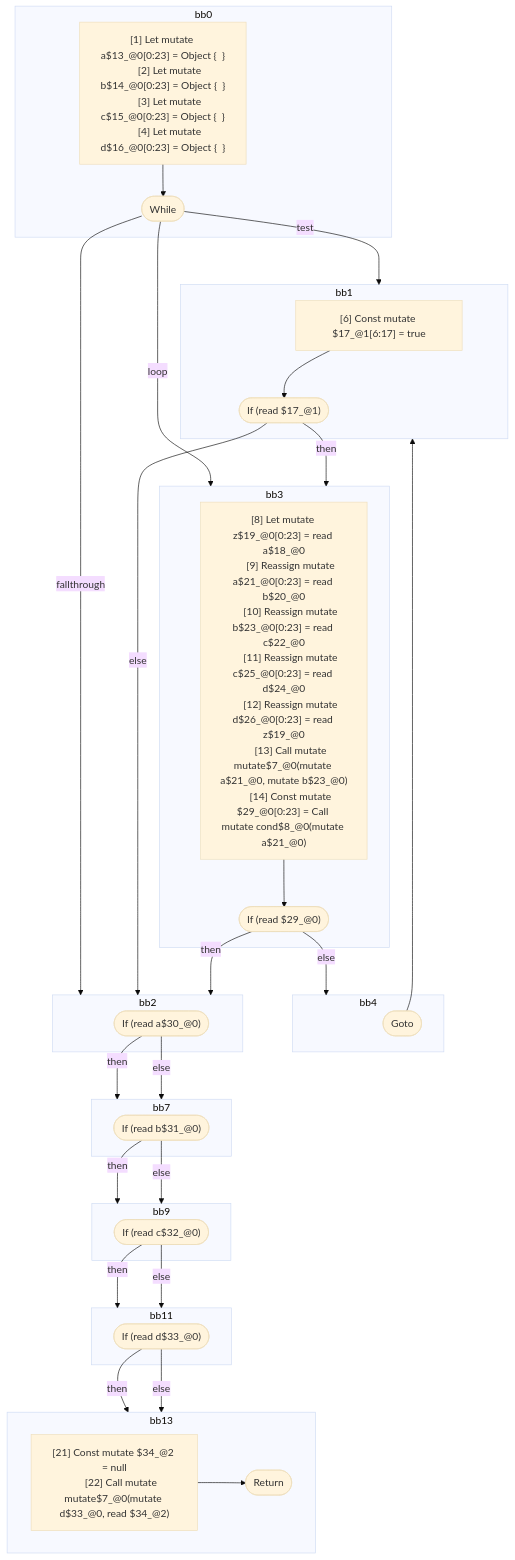
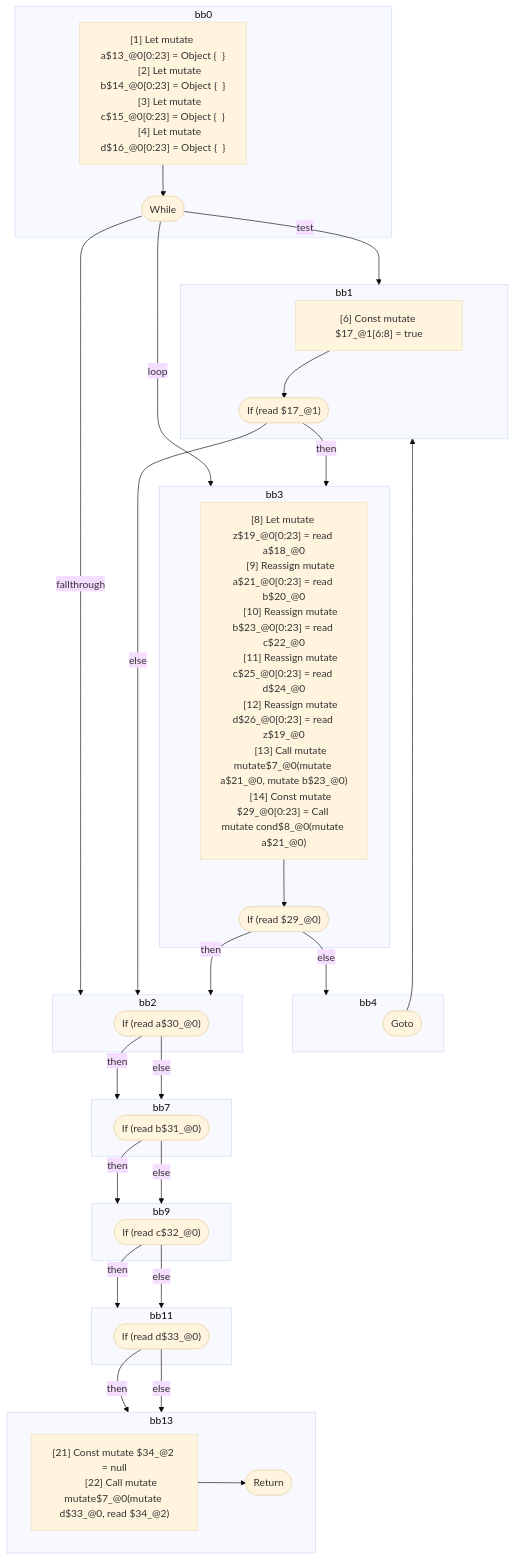
Before and after one commit to wutsmog/private: the third of 3 diagrams in compiler/forget/src/__tests__/fixtures/hir/mutable-lifetime-loops.expect.md, drawn with Mermaid (base theme). The commit also changed other lines of this file and 9 other files, not shown here.

````diff
--- a/compiler/forget/src/__tests__/fixtures/hir/mutable-lifetime-loops.expect.md
+++ b/compiler/forget/src/__tests__/fixtures/hir/mutable-lifetime-loops.expect.md
@@ -152,72 +152,72 @@
 ```mermaid
 flowchart TB
   %% Basic Blocks
   subgraph bb0
     bb0_instrs["
       [1] Let mutate a$13_@0[0:23] = Object {  }
       [2] Let mutate b$14_@0[0:23] = Object {  }
       [3] Let mutate c$15_@0[0:23] = Object {  }
       [4] Let mutate d$16_@0[0:23] = Object {  }
     "]
     bb0_instrs --> bb0_terminal(["While"])
   end
   subgraph bb1
     bb1_instrs["
-      [6] Const mutate $17_@1[6:17] = true
+      [6] Const mutate $17_@1[6:8] = true
     "]
     bb1_instrs --> bb1_terminal(["If (read $17_@1)"])
   end
   subgraph bb3
     bb3_instrs["
       [8] Let mutate z$19_@0[0:23] = read a$18_@0
       [9] Reassign mutate a$21_@0[0:23] = read b$20_@0
       [10] Reassign mutate b$23_@0[0:23] = read c$22_@0
       [11] Reassign mutate c$25_@0[0:23] = read d$24_@0
       [12] Reassign mutate d$26_@0[0:23] = read z$19_@0
       [13] Call mutate mutate$7_@0(mutate a$21_@0, mutate b$23_@0)
       [14] Const mutate $29_@0[0:23] = Call mutate cond$8_@0(mutate a$21_@0)
     "]
     bb3_instrs --> bb3_terminal(["If (read $29_@0)"])
   end
   subgraph bb4
     bb4_terminal(["Goto"])
   end
   subgraph bb2
     bb2_terminal(["If (read a$30_@0)"])
   end
   subgraph bb7
     bb7_terminal(["If (read b$31_@0)"])
   end
   subgraph bb9
     bb9_terminal(["If (read c$32_@0)"])
   end
   subgraph bb11
     bb11_terminal(["If (read d$33_@0)"])
   end
   subgraph bb13
     bb13_instrs["
       [21] Const mutate $34_@2 = null
       [22] Call mutate mutate$7_@0(mutate d$33_@0, read $34_@2)
     "]
     bb13_instrs --> bb13_terminal(["Return"])
   end
 
   %% Jumps
   bb0_terminal -- "test" --> bb1
   bb0_terminal -- "loop" --> bb3
   bb0_terminal -- "fallthrough" --> bb2
   bb1_terminal -- "then" --> bb3
   bb1_terminal -- "else" --> bb2
   bb3_terminal -- "then" --> bb2
   bb3_terminal -- "else" --> bb4
   bb4_terminal --> bb1
   bb2_terminal -- "then" --> bb7
   bb2_terminal -- "else" --> bb7
   bb7_terminal -- "then" --> bb9
   bb7_terminal -- "else" --> bb9
   bb9_terminal -- "then" --> bb11
   bb9_terminal -- "else" --> bb11
   bb11_terminal -- "then" --> bb13
   bb11_terminal -- "else" --> bb13
 
 ```
````
